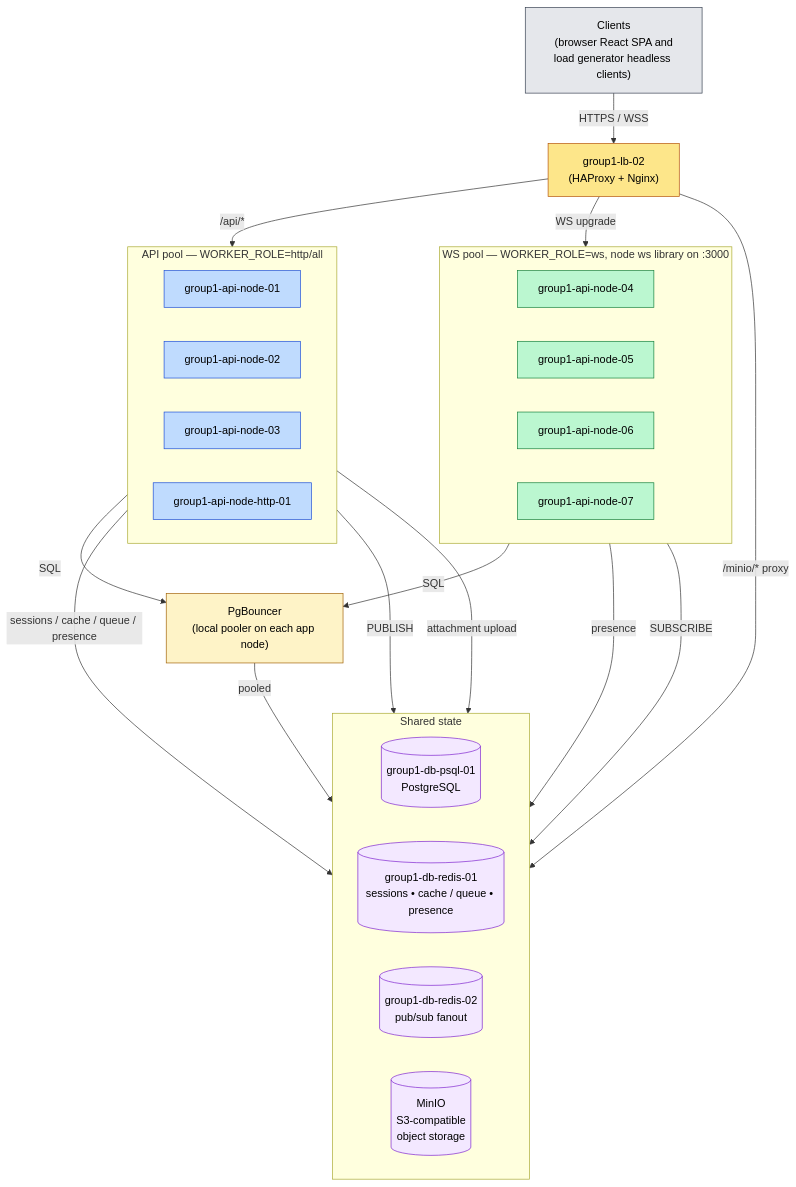
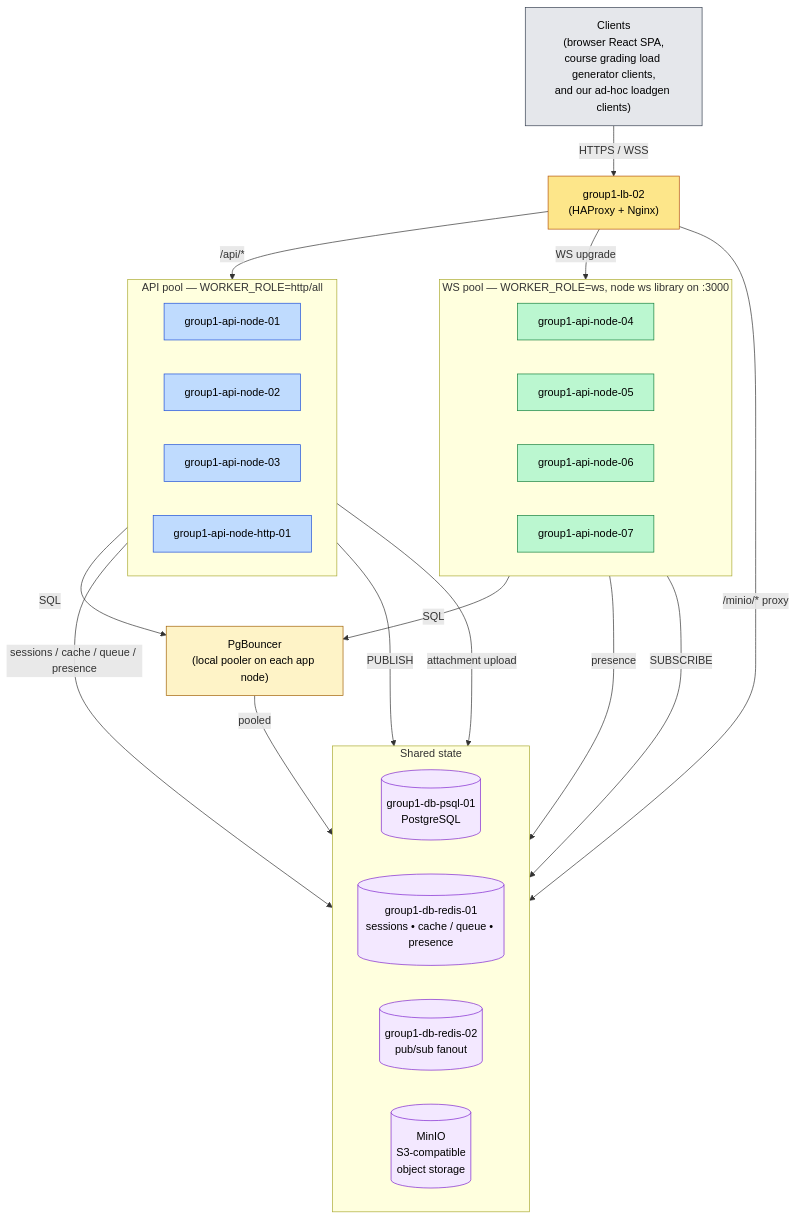
One commit to pranavjothivel/cse356-project changed the diagram in project-docs/diagrams/architecture.mmd. Above: the diagram before and after it, drawn with Mermaid. The commit also changed 7 other files, not shown here.

First line of the commit message:
Disambiguate "course grading load generator" vs "our ad-hoc loadgen"

```diff
--- a/project-docs/diagrams/architecture.mmd
+++ b/project-docs/diagrams/architecture.mmd
@@ -1,64 +1,64 @@
 %% Production topology — cse356 messaging system.
 %% Components: HAProxy LB, API pool, WS pool, PgBouncer, Redis 01
 %% (sessions/cache/queue/presence), Redis 02 (pub/sub fanout), PostgreSQL, MinIO.
 flowchart TB
-    Clients["Clients<br/>(browser React SPA and<br/>load generator headless clients)"]
+    Clients["Clients<br/>(browser React SPA,<br/>course grading load generator clients,<br/>and our ad-hoc loadgen clients)"]
 
     LB["group1-lb-02<br/>(HAProxy + Nginx)"]
 
     subgraph API["API pool — WORKER_ROLE=http/all"]
         direction LR
         API1["group1-api-node-01"]
         API2["group1-api-node-02"]
         API3["group1-api-node-03"]
         APIHTTP["group1-api-node-http-01"]
     end
 
     subgraph WS["WS pool — WORKER_ROLE=ws, node ws library on :3000"]
         direction LR
         WS04["group1-api-node-04"]
         WS05["group1-api-node-05"]
         WS06["group1-api-node-06"]
         WS07["group1-api-node-07"]
     end
 
     PGB["PgBouncer<br/>(local pooler on each app node)"]
 
     subgraph Stores["Shared state"]
         direction LR
         PG[("group1-db-psql-01<br/>PostgreSQL")]
         R1[("group1-db-redis-01<br/>sessions • cache / queue • presence")]
         R2[("group1-db-redis-02<br/>pub/sub fanout")]
         MINIO[("MinIO<br/>S3-compatible<br/>object storage")]
     end
 
     Clients -- HTTPS / WSS --> LB
     LB -- /api/* --> API
     LB -- WS upgrade --> WS
     LB -- /minio/* proxy --> MINIO
 
     API -- SQL --> PGB
     WS  -- SQL --> PGB
     PGB -- pooled --> PG
 
     API -- sessions / cache / queue / presence --> R1
     WS  -- presence --> R1
 
     API -- PUBLISH --> R2
     WS  -- SUBSCRIBE --> R2
 
     API -- attachment upload --> MINIO
 
     classDef lb fill:#fde68a,stroke:#b45309,stroke-width:1px,color:#000
     classDef api fill:#bfdbfe,stroke:#1d4ed8,stroke-width:1px,color:#000
     classDef ws fill:#bbf7d0,stroke:#15803d,stroke-width:1px,color:#000
     classDef pool fill:#fef3c7,stroke:#a16207,stroke-width:1px,color:#000
     classDef store fill:#f3e8ff,stroke:#7e22ce,stroke-width:1px,color:#000
     classDef cli fill:#e5e7eb,stroke:#374151,stroke-width:1px,color:#000
 
     class LB lb
     class API1,API2,API3,APIHTTP api
     class WS04,WS05,WS06,WS07 ws
     class PGB pool
     class PG,R1,R2,MINIO store
     class Clients cli
```
